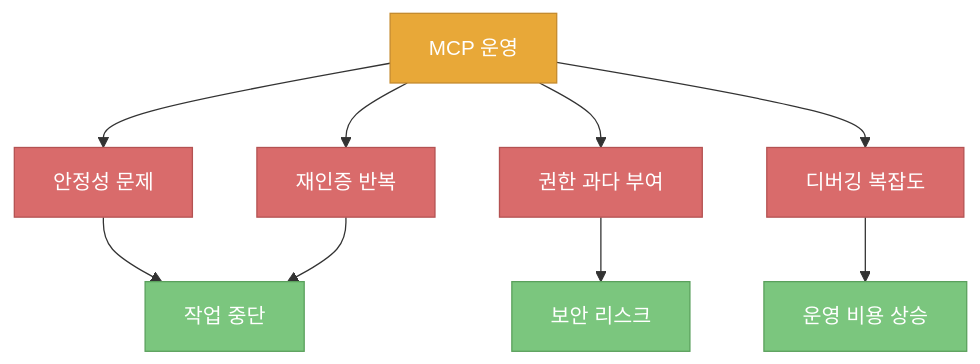
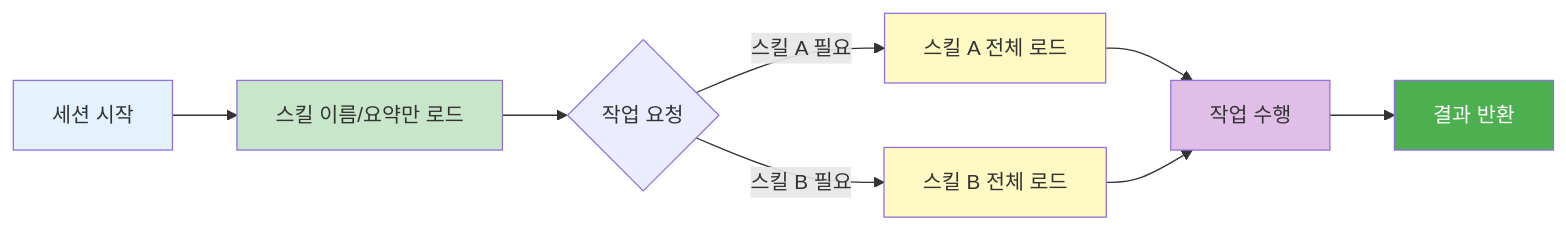
The fourth of 7 diagrams in content/post/2026/2026-03-03-mcp-is-dead-context-budget-skills.md (gyuha/blog), drawn with Mermaid before and after one commit. The commit also changed other lines of this file, not shown here.

````diff
--- a/content/post/2026/2026-03-03-mcp-is-dead-context-budget-skills.md
+++ b/content/post/2026/2026-03-03-mcp-is-dead-context-budget-skills.md
@@ -78,18 +130,17 @@
 ```mermaid
-flowchart TB
-    A["MCP 운영"] --> B["안정성 문제"]
-    A --> C["재인증 반복"]
-    A --> D["권한 과다 부여"]
-    A --> E["디버깅 복잡도"]
-    B --> F["작업 중단"]
-    C --> F
-    D --> G["보안 리스크"]
-    E --> H["운영 비용 상승"]
+flowchart LR
+    A[세션 시작] --> B[스킬 이름/요약만 로드]
+    B --> C{작업 요청}
+    C -->|스킬 A 필요| D[스킬 A 전체 로드]
+    C -->|스킬 B 필요| E[스킬 B 전체 로드]
+    D --> F[작업 수행]
+    E --> F
+    F --> G[결과 반환]
 
-    classDef root fill:#E8A838,stroke:#C48A2D,color:#fff
-    classDef issue fill:#D96B6B,stroke:#B45252,color:#fff
-    classDef result fill:#7BC67E,stroke:#5AA05C,color:#fff
-    class A root
-    class B,C,D,E issue
-    class F,G,H result
+    style A fill:#e3f2fd
+    style B fill:#c8e6c9
+    style D fill:#fff9c4
+    style E fill:#fff9c4
+    style F fill:#e1bee7
+    style G fill:#4caf50,color:#fff
 ```
````
